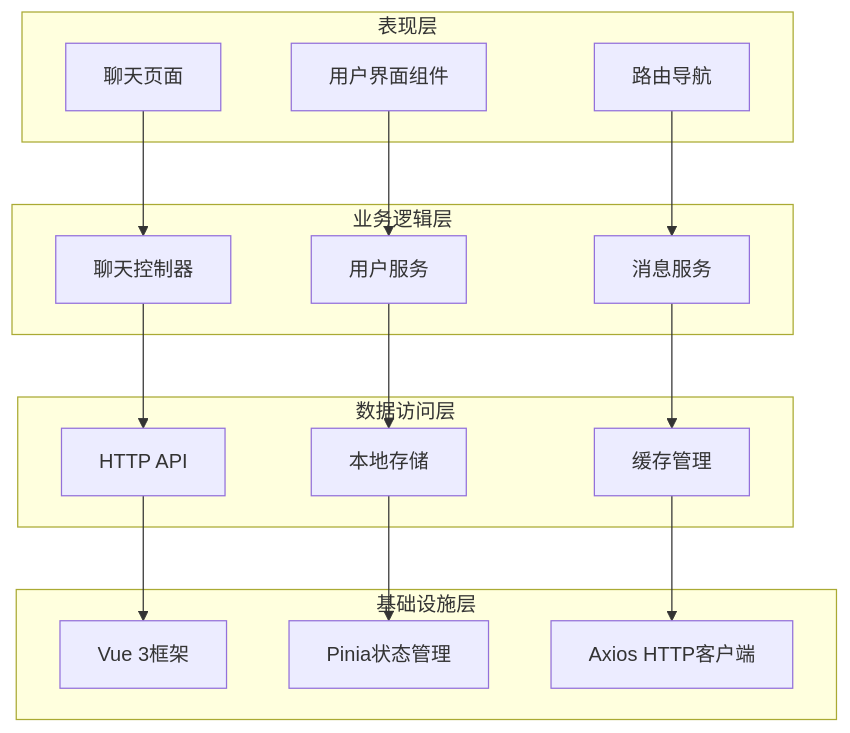
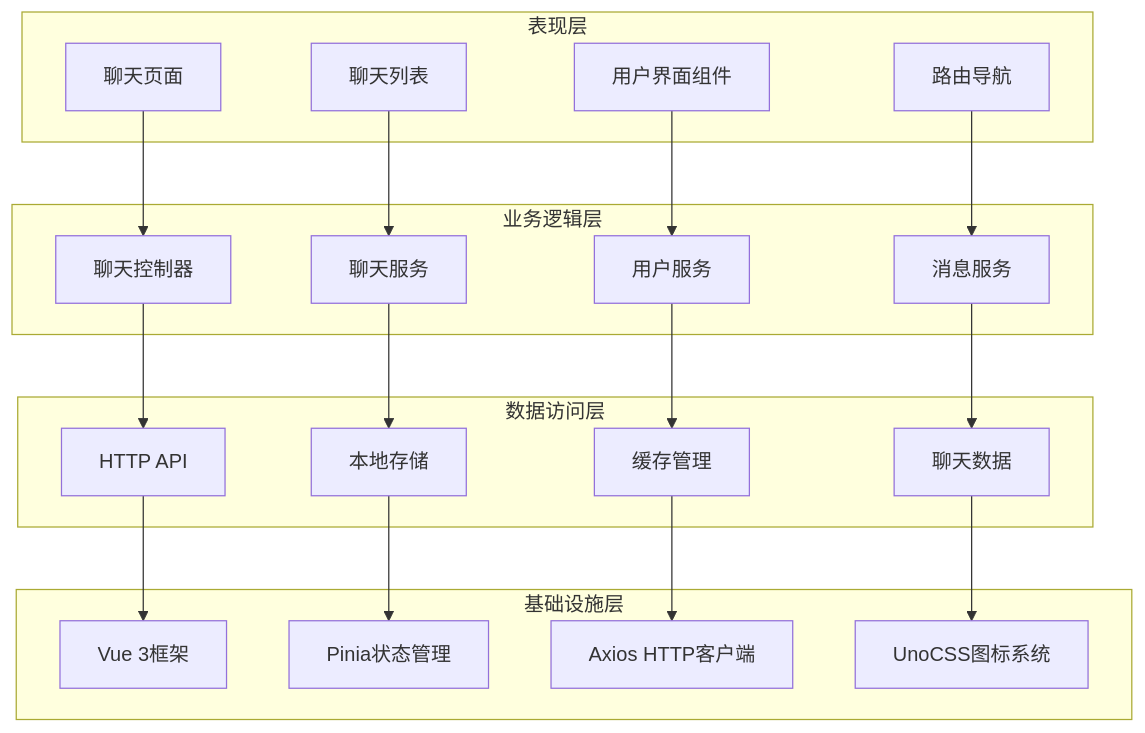
The second of 13 diagrams in .qoder/repowiki/zh/content/核心系统/聊天系统.md (giserman001/vue3-vant4-mobile), drawn with Mermaid before and after one commit. The commit also changed other lines of this file and 398 other files, not shown here.

````diff
--- a/.qoder/repowiki/zh/content/核心系统/聊天系统.md
+++ b/.qoder/repowiki/zh/content/核心系统/聊天系统.md
@@ -114,32 +154,39 @@
 ```mermaid
 graph TD
 subgraph "表现层"
 A[聊天页面]
-B[用户界面组件]
-C[路由导航]
+B[聊天列表]
+C[用户界面组件]
+D[路由导航]
 end
 subgraph "业务逻辑层"
-D[聊天控制器]
-E[用户服务]
-F[消息服务]
+E[聊天控制器]
+F[聊天服务]
+G[用户服务]
+H[消息服务]
 end
 subgraph "数据访问层"
-G[HTTP API]
-H[本地存储]
-I[缓存管理]
+I[HTTP API]
+J[本地存储]
+K[缓存管理]
+L[聊天数据]
 end
 subgraph "基础设施层"
-J[Vue 3框架]
-K[Pinia状态管理]
-L[Axios HTTP客户端]
+M[Vue 3框架]
+N[Pinia状态管理]
+O[Axios HTTP客户端]
+P[UnoCSS图标系统]
 end
-A --> D
-B --> E
-C --> F
-D --> G
-E --> H
-F --> I
-G --> J
-H --> K
-I --> L
+A --> E
+B --> F
+C --> G
+D --> H
+E --> I
+F --> J
+G --> K
+H --> L
+I --> M
+J --> N
+K --> O
+L --> P
 ```
````
